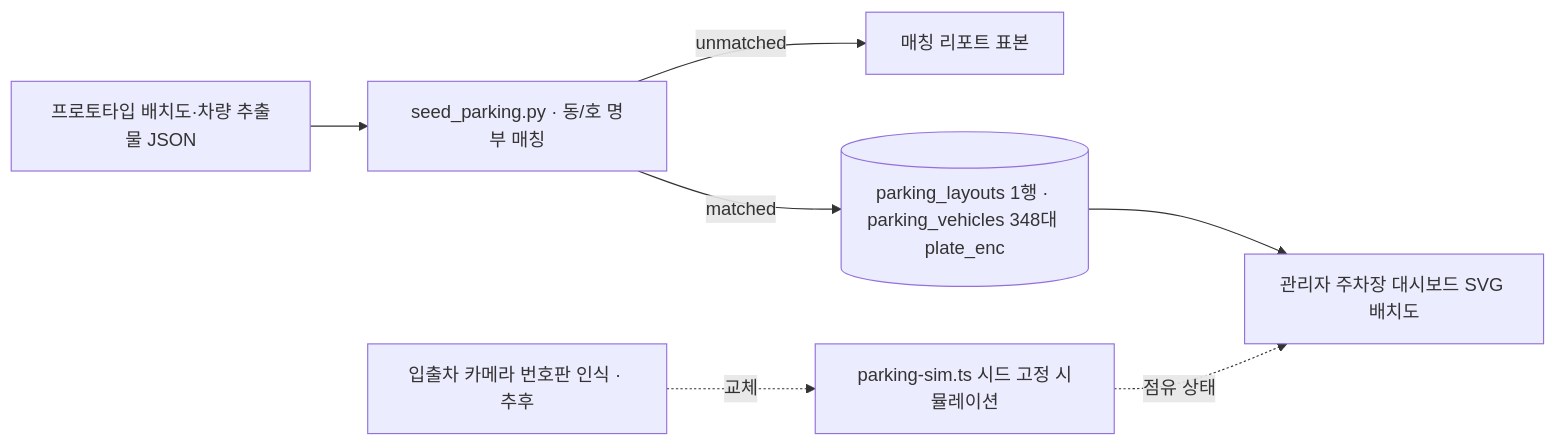
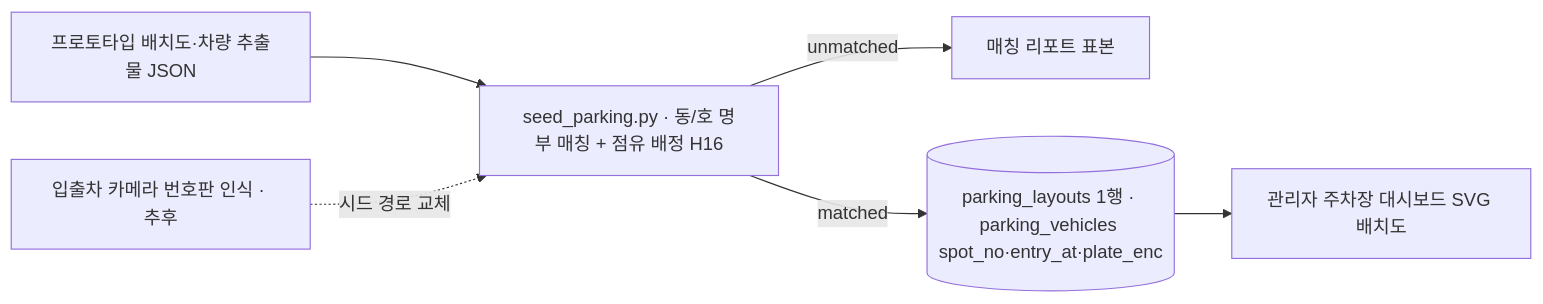
One commit to romis9724/LIVIQ changed the sixth of 8 diagrams in docs/11-data-architecture.md. Above: the diagram before and after it, drawn with Mermaid. The commit also changed other lines of this file and 2 other files, not shown here.

Commit message:
docs: H16 주차 점유 실데이터화 설계 — spot_no·entry_at 영속화, 프론트 시뮬 폐기
인터뷰 확정(2026-07-31): 점유 단일 출처를 DB로 전환, 외부 차량 8대·입차시각 포함,
AI 도구 연결은 후속 제외. docs/03 §4.11·docs/11 §3.4.2·docs/09 §8.19 갱신.

````diff
--- a/docs/11-data-architecture.md
+++ b/docs/11-data-architecture.md
@@ -151,9 +151,8 @@
 ```mermaid
 flowchart LR
-  PROTO[프로토타입 배치도·차량 추출물 JSON] --> SEED[seed_parking.py · 동/호 명부 매칭]
+  PROTO[프로토타입 배치도·차량 추출물 JSON] --> SEED[seed_parking.py · 동/호 명부 매칭 + 점유 배정 H16]
   SEED -->|unmatched| RP3[매칭 리포트 표본]
-  SEED -->|matched| PL[(parking_layouts 1행 · parking_vehicles 348대 plate_enc)]
+  SEED -->|matched| PL[(parking_layouts 1행 · parking_vehicles spot_no·entry_at·plate_enc)]
   PL --> PV[관리자 주차장 대시보드 SVG 배치도]
-  SIM[parking-sim.ts 시드 고정 시뮬레이션] -.점유 상태.-> PV
-  CAM[입출차 카메라 번호판 인식 · 추후] -.교체.-> SIM
+  CAM[입출차 카메라 번호판 인식 · 추후] -.시드 경로 교체.-> SEED
 ```
````
